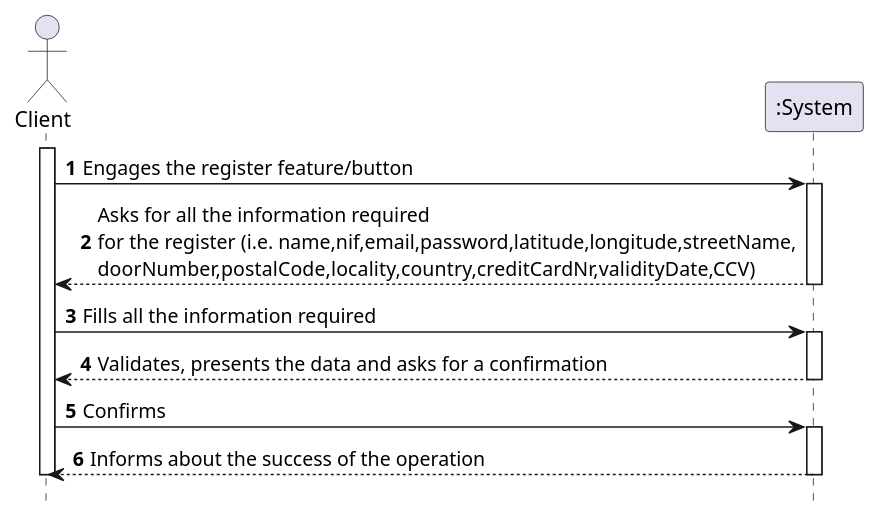
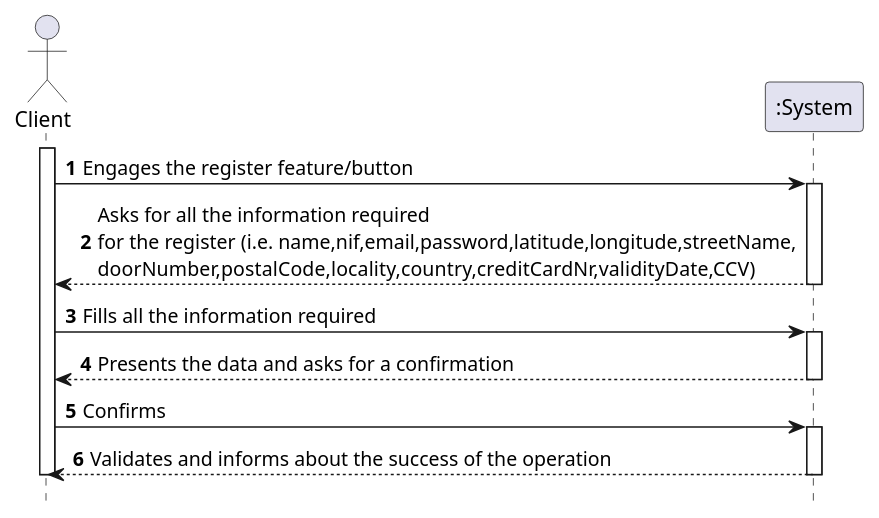
One commit to tiagoavcosta25/LAPR3 changed the diagram in docs/Iteration 1/User Management/US18_RegisterClient/US18_SSD.puml. Above: the diagram before and after it, drawn with PlantUML. The commit also changed 2 other files, not shown here.

```diff
--- a/docs/Iteration 1/User Management/US18_RegisterClient/US18_SSD.puml
+++ b/docs/Iteration 1/User Management/US18_RegisterClient/US18_SSD.puml
@@ -1,28 +1,28 @@
 @startuml
 autonumber
 hide footbox
 
 actor "Client" as U
 
 participant ":System" as SYST
 
 activate U
 
 U -> SYST : Engages the register feature/button
 activate SYST
 SYST --> U : Asks for all the information required \nfor the register (i.e. name,nif,email,password,latitude,longitude,streetName,\ndoorNumber,postalCode,locality,country,creditCardNr,validityDate,CCV)
 deactivate SYST
 
 U -> SYST : Fills all the information required
 activate SYST
-SYST --> U : Validates, presents the data and asks for a confirmation
+SYST --> U : Presents the data and asks for a confirmation
 deactivate SYST
 
 U -> SYST : Confirms
 activate SYST
-SYST --> U : Informs about the success of the operation
+SYST --> U : Validates and informs about the success of the operation
 deactivate SYST
 
 deactivate U
 
 @enduml
```
